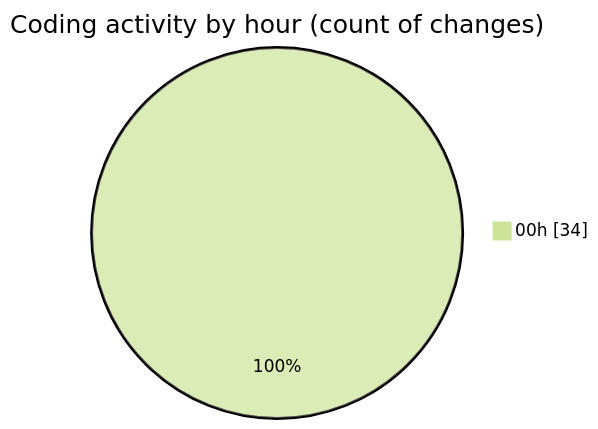
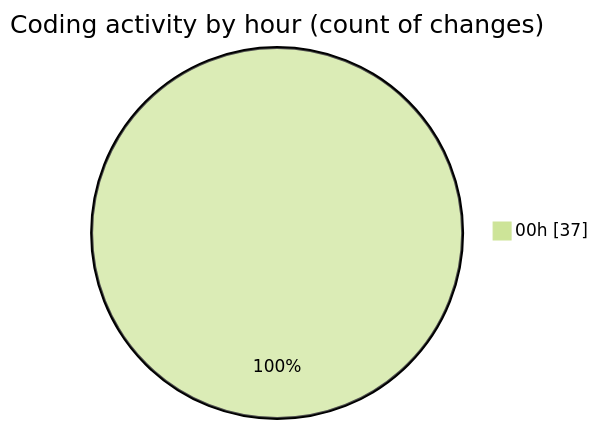
One commit to hasnaa123/code-tracking changed the second of 2 diagrams in 2026-02-21/student_performance_system/README.md. Above: the diagram before and after it, drawn with Mermaid (forest theme). The commit also changed other lines of this file and 1 other file, not shown here.

````diff
--- a/2026-02-21/student_performance_system/README.md
+++ b/2026-02-21/student_performance_system/README.md
@@ -28,5 +28,5 @@
 ```mermaid
 pie showData
 title Coding activity by hour (count of changes)
-"00h" : 34
+"00h" : 37
 ```
````
